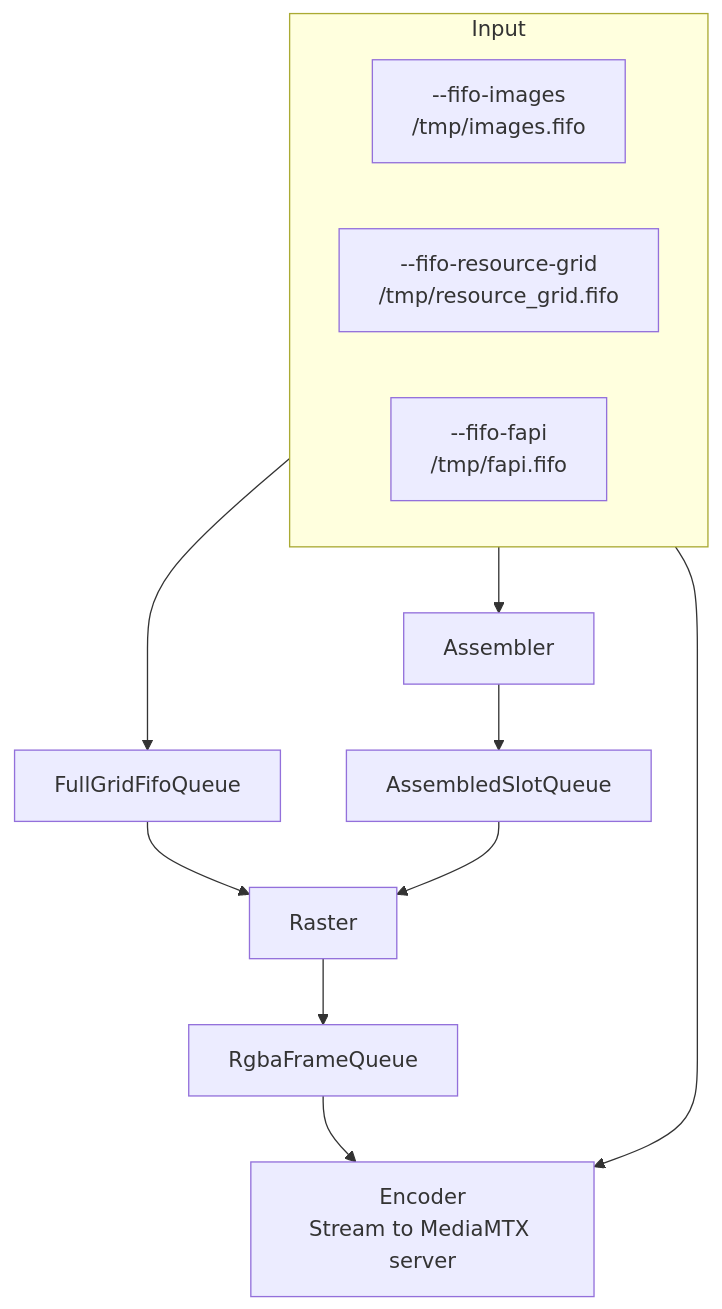
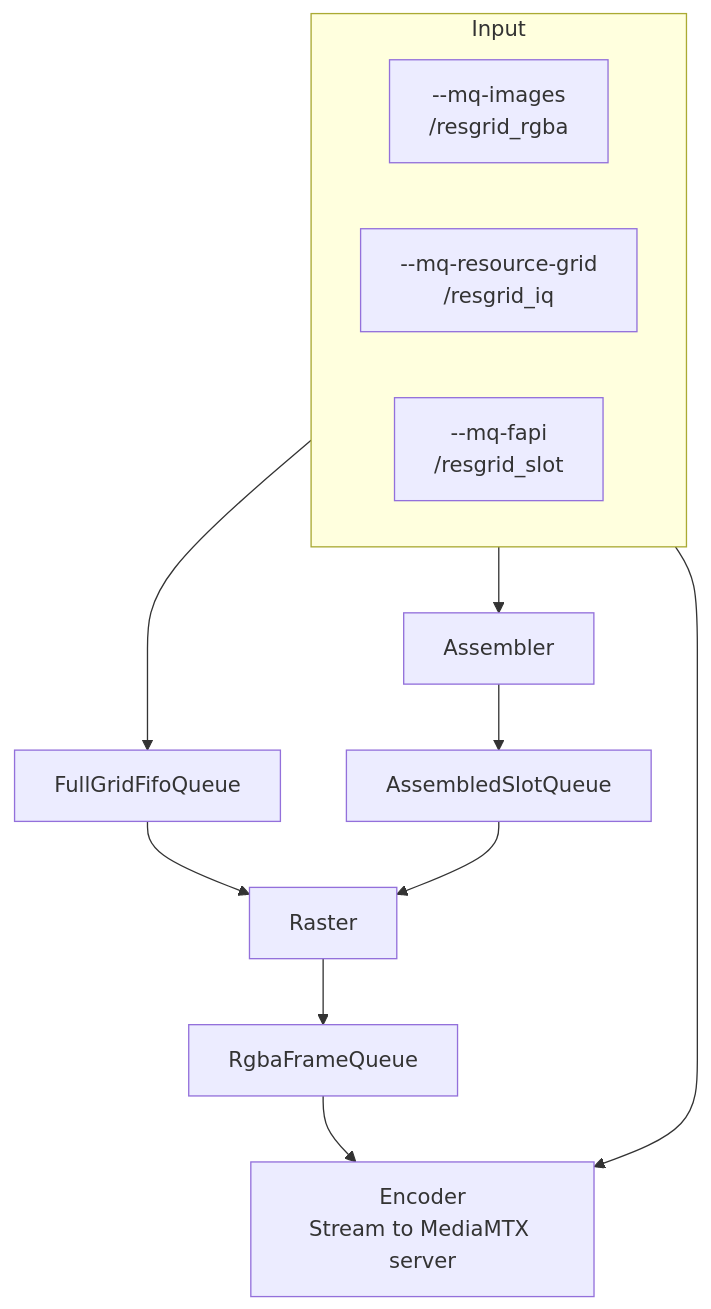
One commit to tuannv-github/resource-grid-visualizer changed the diagram in backend/plotter/readme.md. Above: the diagram before and after it, drawn with Mermaid. The commit also changed other lines of this file and 32 other files, not shown here.

````diff
--- a/backend/plotter/readme.md
+++ b/backend/plotter/readme.md
@@ -36,23 +50,23 @@
 ```mermaid
 flowchart TB
   subgraph inp [Input]
     direction LR
-    FIFOIMG["--fifo-images<br/>/tmp/images.fifo"]
-    FIFORG["--fifo-resource-grid<br/>/tmp/resource_grid.fifo"]
-    FIFOFAPI["--fifo-fapi<br/>/tmp/fapi.fifo"]
+    MQIMG["--mq-images<br/>/resgrid_rgba"]
+    MQRG["--mq-resource-grid<br/>/resgrid_iq"]
+    MQFAPI["--mq-fapi<br/>/resgrid_slot"]
   end
 
   FGQ["FullGridFifoQueue"]
   SA["Assembler"]
   ASQ["AssembledSlotQueue"]
 
-  FIFOFAPI --> SA --> ASQ
+  MQFAPI --> SA --> ASQ
   RAST["Raster"]
-  FIFORG --> FGQ --> RAST
+  MQRG --> FGQ --> RAST
   ASQ --> RAST
 
   RgbaFrameQueue["RgbaFrameQueue"]
   Encoder["Encoder<br/>Stream to MediaMTX server"]
   RAST --> RgbaFrameQueue --> Encoder
-  FIFOIMG --> Encoder
+  MQIMG --> Encoder
 ```
````
